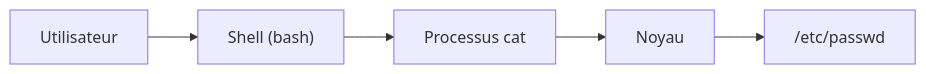
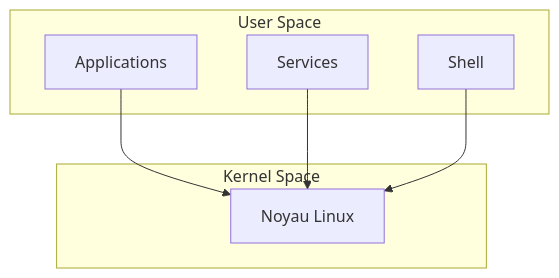
One commit to tdelaclos/formations changed diagram 12 of 16 in campagne 1/1.3.md. Above: the diagram before and after it, drawn with Mermaid. The commit also changed other lines of this file, not shown here.

````diff
--- a/campagne 1/1.3.md
+++ b/campagne 1/1.3.md
@@ -678,18 +647,17 @@
 ```mermaid
-flowchart LR
+flowchart TD
 
-A["Utilisateur"]
+subgraph USER["User Space"]
+A["Applications"]
+B["Services"]
+C["Shell"]
+end
 
-B["Shell (bash)"]
+subgraph KERNEL["Kernel Space"]
+D["Noyau Linux"]
+end
 
-C["Processus cat"]
-
-D["Noyau"]
-
-E["/etc/passwd"]
-
-A --> B
-B --> C
+A --> D
+B --> D
 C --> D
-D --> E
 ```
````
